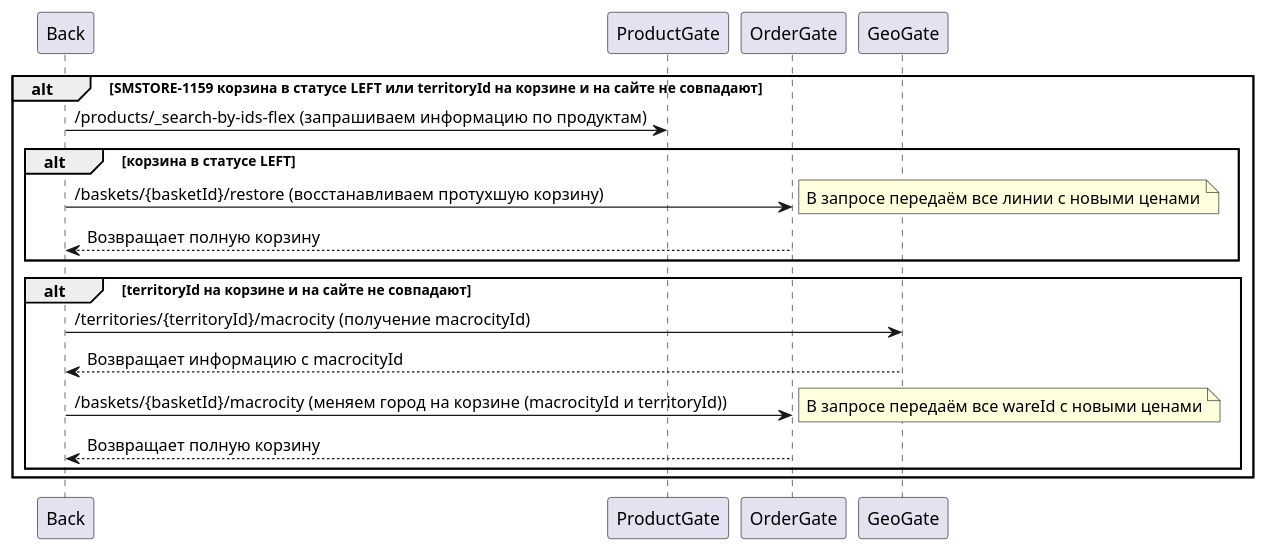
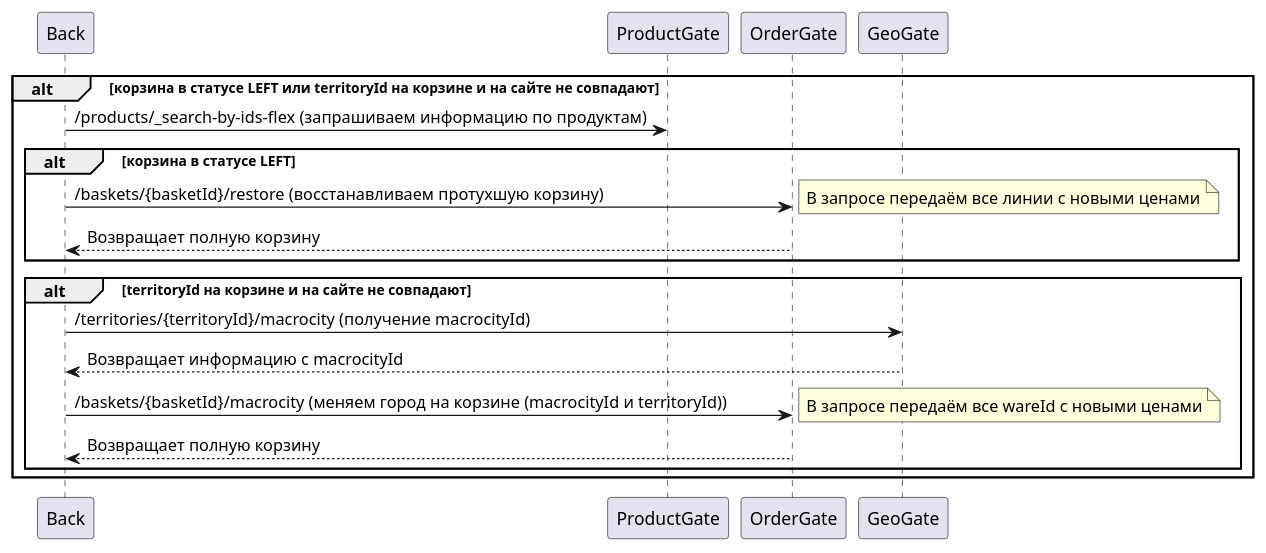
Before and after one commit to ViKt0R-K/plantuml: the diagram in cart/leftOrTerritory.puml, drawn with PlantUML. The commit also changed 1 other file, not shown here.

```diff
--- a/cart/leftOrTerritory.puml
+++ b/cart/leftOrTerritory.puml
@@ -1,19 +1,19 @@
-alt  SMSTORE-1159 корзина в статусе LEFT или territoryId на корзине и на сайте не совпадают
+alt корзина в статусе LEFT или territoryId на корзине и на сайте не совпадают
 	Back->ProductGate: /products/_search-by-ids-flex (запрашиваем информацию по продуктам)
-	alt корзина в статусе LEFT
+	alt  корзина в статусе LEFT
     		Back-> OrderGate: /baskets/{basketId}/restore (восстанавливаем протухшую корзину)
 		note right
 			В запросе передаём все линии с новыми ценами
 		endnote
     		Back<--OrderGate: Возвращает полную корзину
 	end
 	alt territoryId на корзине и на сайте не совпадают
 		Back->GeoGate:/territories/{territoryId}/macrocity (получение macrocityId)
 		Back<--GeoGate: Возвращает информацию с macrocityId
 		Back-> OrderGate: /baskets/{basketId}/macrocity (меняем город на корзине (macrocityId и territoryId))
 		note right
 			В запросе передаём все wareId с новыми ценами
 		endnote
 	Back<--OrderGate: Возвращает полную корзину
 	end
 end
```
